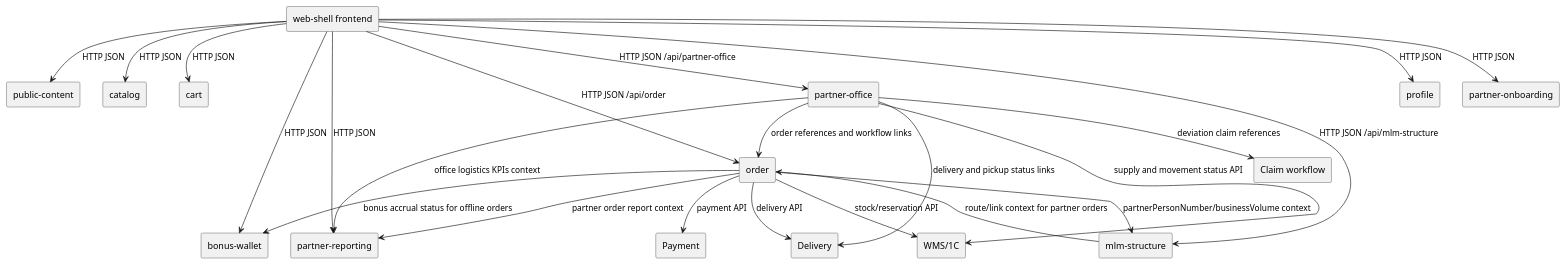
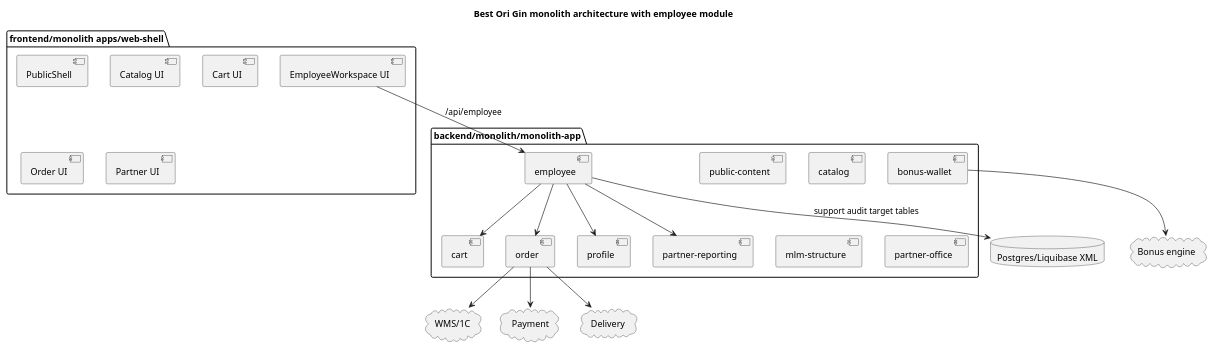
One commit to alextaralexander/ai_ori_test changed the diagram in agents/architecture/architecture.plantuml. Above: the diagram before and after it, drawn with PlantUML. The commit also changed 50 other files, not shown here.

```diff
--- a/agents/architecture/architecture.plantuml
+++ b/agents/architecture/architecture.plantuml
@@ -1,40 +1,39 @@
 @startuml
-skinparam componentStyle rectangle
-component "web-shell frontend" as Web
-component "public-content" as PublicContent
-component "catalog" as Catalog
-component "cart" as Cart
-component "order" as Order
-component "profile" as Profile
-component "bonus-wallet" as Bonus
-component "partner-onboarding" as Onboarding
-component "partner-reporting" as Reporting
-component "mlm-structure" as MLM
-component "partner-office" as PartnerOffice
-component "WMS/1C" as WMS
-component "Payment" as Payment
-component "Delivery" as Delivery
-component "Claim workflow" as Claim
-Web --> PublicContent : HTTP JSON
-Web --> Catalog : HTTP JSON
-Web --> Cart : HTTP JSON
-Web --> Order : HTTP JSON /api/order
-Web --> Profile : HTTP JSON
-Web --> Bonus : HTTP JSON
-Web --> Onboarding : HTTP JSON
-Web --> Reporting : HTTP JSON
-Web --> MLM : HTTP JSON /api/mlm-structure
-Web --> PartnerOffice : HTTP JSON /api/partner-office
-MLM --> Order : route/link context for partner orders
-Order --> Bonus : bonus accrual status for offline orders
-Order --> MLM : partnerPersonNumber/businessVolume context
-Order --> Reporting : partner order report context
-PartnerOffice --> Order : order references and workflow links
-PartnerOffice --> Claim : deviation claim references
-PartnerOffice --> Reporting : office logistics KPIs context
-Order --> Payment : payment API
-Order --> WMS : stock/reservation API
-Order --> Delivery : delivery API
-PartnerOffice --> WMS : supply and movement status API
-PartnerOffice --> Delivery : delivery and pickup status links
+title Best Ori Gin monolith architecture with employee module
+package "frontend/monolith apps/web-shell" {
+  [PublicShell]
+  [Catalog UI]
+  [Cart UI]
+  [Order UI]
+  [Partner UI]
+  [EmployeeWorkspace UI]
+}
+package "backend/monolith/monolith-app" {
+  [public-content]
+  [catalog]
+  [cart]
+  [order]
+  [profile]
+  [bonus-wallet]
+  [partner-reporting]
+  [mlm-structure]
+  [partner-office]
+  [employee]
+}
+database "Postgres/Liquibase XML" as db
+cloud "WMS/1C" as wms
+cloud "Payment" as pay
+cloud "Delivery" as delivery
+cloud "Bonus engine" as bonus
+
+[EmployeeWorkspace UI] --> [employee] : /api/employee
+[employee] --> [order]
+[employee] --> [cart]
+[employee] --> [profile]
+[employee] --> [partner-reporting]
+[order] --> pay
+[order] --> delivery
+[order] --> wms
+[bonus-wallet] --> bonus
+[employee] --> db : support audit target tables
 @enduml
```
